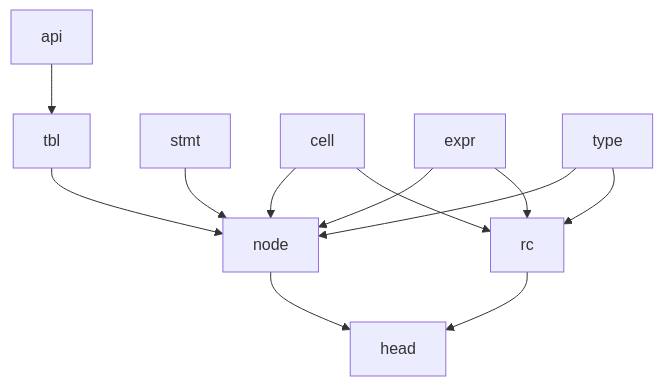
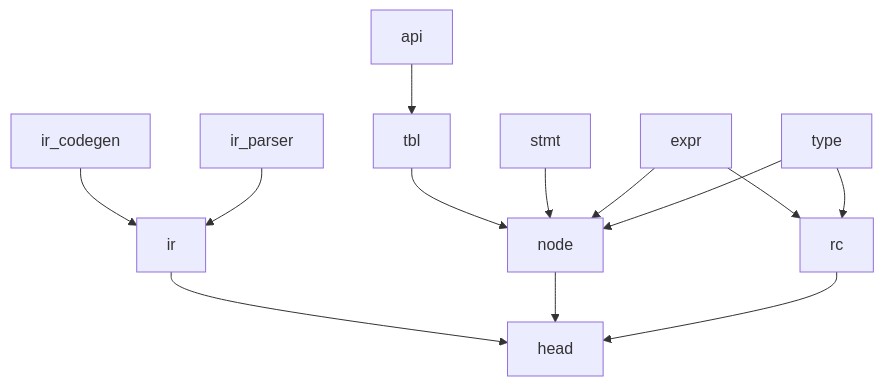
Before and after one commit to Mepy/tc: the first of 3 diagrams in src/ast/README.md, drawn with Mermaid. The commit also changed other lines of this file and 18 other files, not shown here.

````diff
--- a/src/ast/README.md
+++ b/src/ast/README.md
@@ -31,17 +50,18 @@
 ```Mermaid
 graph TD
 api  --> tbl
 
+ir_codegen --> ir
+ir_parser  --> ir
+
+tbl  --> node
 stmt --> node
-cell --> node
 expr --> node
 type --> node
-cell --> rc
 expr --> rc
 type --> rc
 
-tbl  --> node
-
+ir --> head
 node --> head
 rc   --> head
 ```
````
